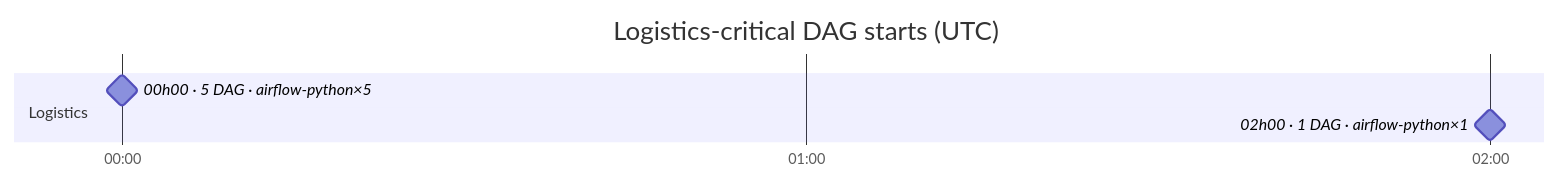
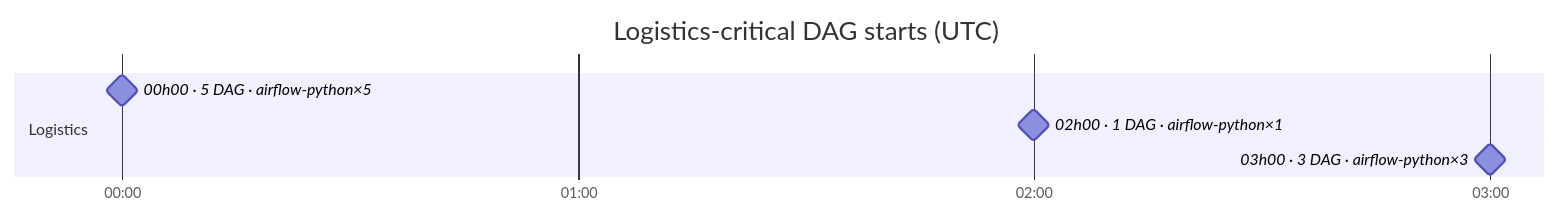
Before and after one commit to DayMarket/ml-feature-platform: the fourth of 6 diagrams in docs/feature_platform_map.md, drawn with Mermaid. The commit also changed other lines of this file and 3 other files, not shown here.

````diff
--- a/docs/feature_platform_map.md
+++ b/docs/feature_platform_map.md
@@ -135,10 +138,11 @@
 ```mermaid
 gantt
     title Logistics-critical DAG starts (UTC)
     dateFormat HH:mm
     axisFormat %H:%M
     tickInterval 1hour
     section Logistics
     00h00 · 5 DAG · airflow-python×5 :milestone, s0_0000, 00:00, 0m
     02h00 · 1 DAG · airflow-python×1 :milestone, s0_0120, 02:00, 0m
+    03h00 · 3 DAG · airflow-python×3 :milestone, s0_0180, 03:00, 0m
 ```
````
